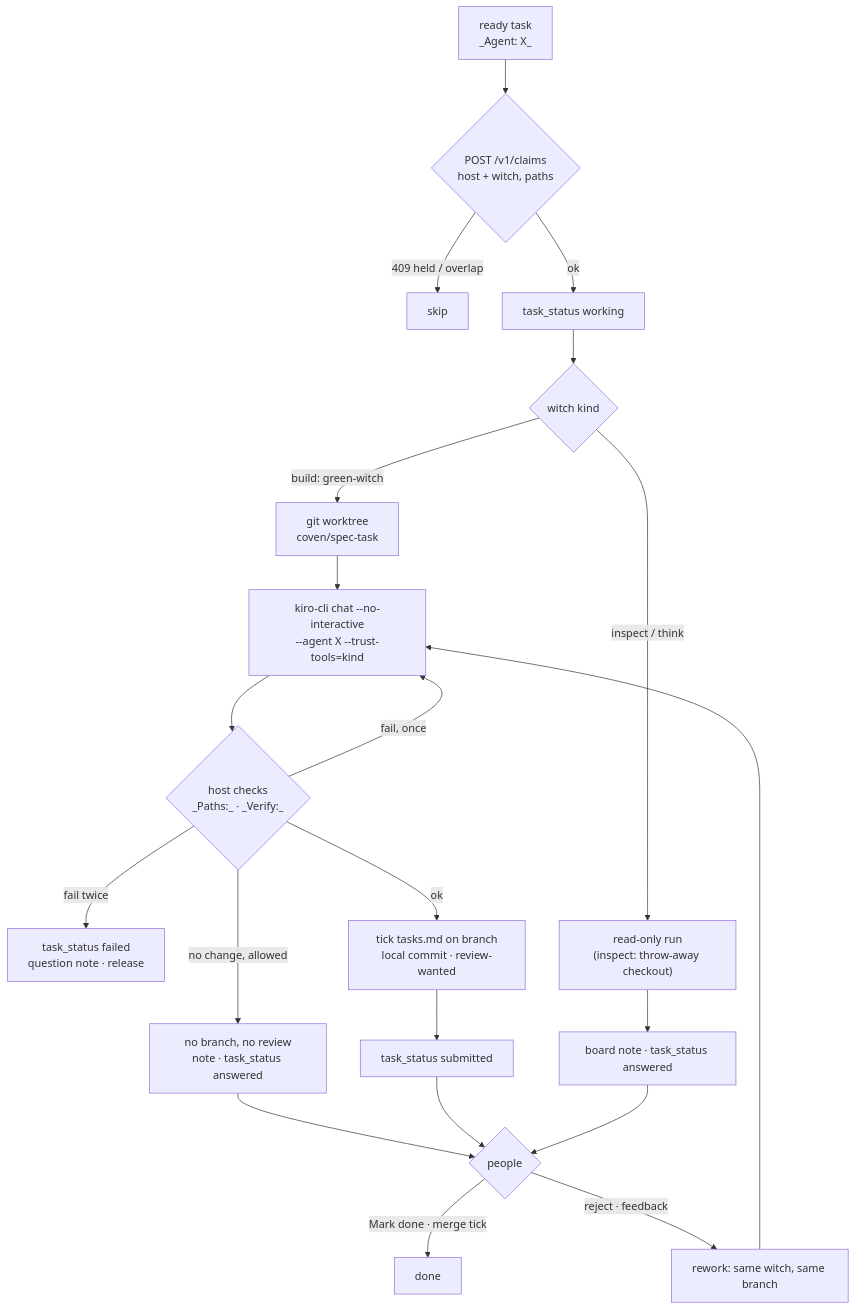
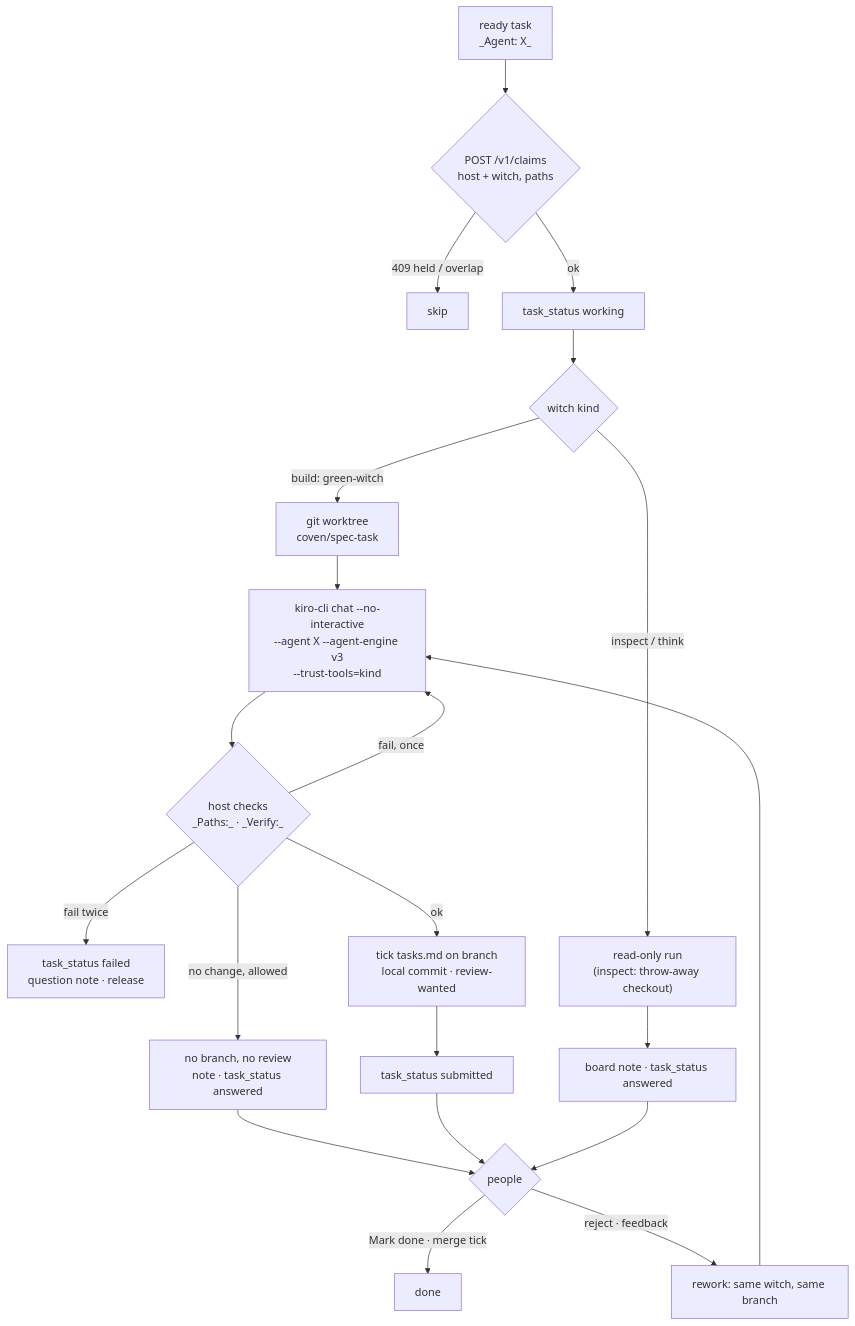
Before and after one commit to duynguyendang/coven: the third of 8 diagrams in docs/ADD.md, drawn with Mermaid. The commit also changed 1 other file, not shown here.

Commit message:
coven: council#r6a5fcd-1b2 Document the v3 engine pin in AGENTS.md and ADD.md
Coven task council#r6a5fcd-1b2, verify passed: make harness
Agent: Green Witch — Dev
Host: duy-wsl

````diff
--- a/docs/ADD.md
+++ b/docs/ADD.md
@@ -89,23 +89,23 @@
 ```mermaid
 flowchart TD
     T["ready task\n_Agent: X_"] --> CL{"POST /v1/claims\nhost + witch, paths"}
     CL -->|409 held / overlap| SK["skip"]
     CL -->|ok| ST["task_status working"]
     ST --> K{"witch kind"}
     K -->|build: green-witch| W["git worktree\ncoven/spec-task"]
-    W --> RUN["kiro-cli chat --no-interactive\n--agent X --trust-tools=kind"]
+    W --> RUN["kiro-cli chat --no-interactive\n--agent X --agent-engine v3\n--trust-tools=kind"]
     RUN --> CHK{"host checks\n_Paths:_ · _Verify:_"}
     CHK -->|fail, once| RUN
     CHK -->|fail twice| F["task_status failed\nquestion note · release"]
     CHK -->|no change, allowed| NC["no branch, no review\nnote · task_status answered"]
     NC --> PPL
     CHK -->|ok| CM["tick tasks.md on branch\nlocal commit · review-wanted"]
     CM --> SUB["task_status submitted"]
     K -->|inspect / think| RO["read-only run\n(inspect: throw-away checkout)"]
     RO --> ANS["board note · task_status answered"]
     SUB --> PPL{"people"}
     ANS --> PPL
     PPL -->|Mark done · merge tick| DONE["done"]
     PPL -->|reject · feedback| RW["rework: same witch, same branch"]
     RW --> RUN
 ```
````
